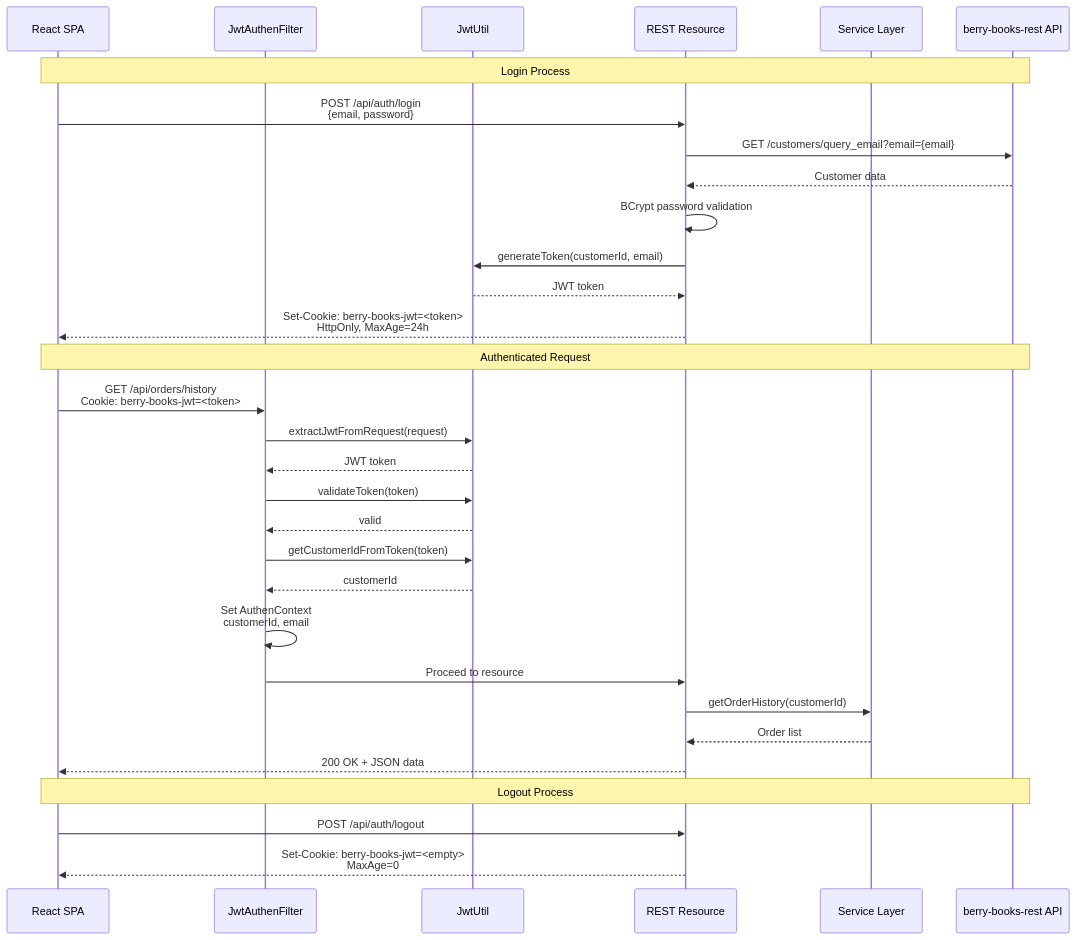
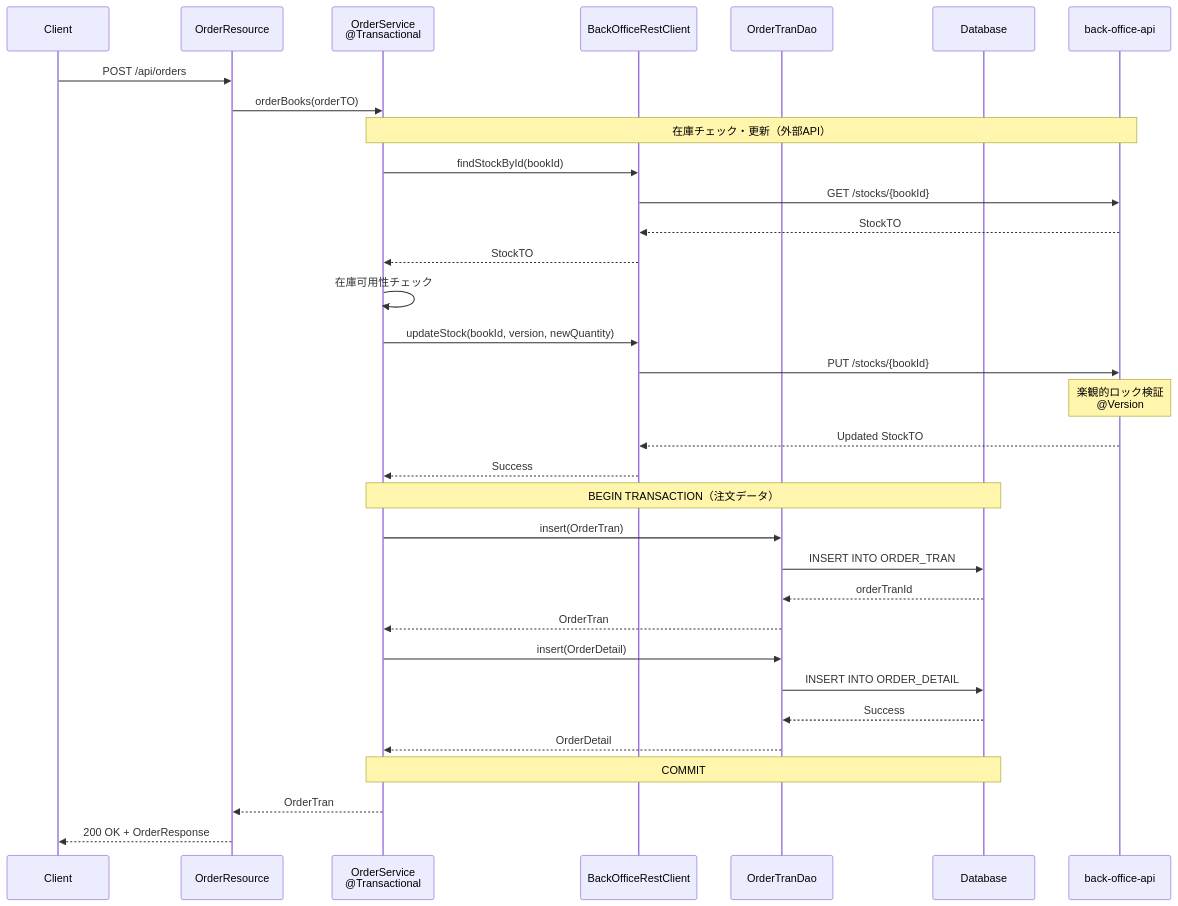
The fifth of 6 diagrams in projects/sdd/bookstore/berry-books-api-sdd/specs/baseline/system/architecture_design.md (KenyaSaitoh/ai_driven_dev_202601), drawn with Mermaid before and after one commit. The commit also changed other lines of this file and 52 other files, not shown here.

````diff
--- a/projects/sdd/bookstore/berry-books-api-sdd/specs/baseline/system/architecture_design.md
+++ b/projects/sdd/bookstore/berry-books-api-sdd/specs/baseline/system/architecture_design.md
@@ -444,36 +354,45 @@
 ```mermaid
 sequenceDiagram
-    participant Client as React SPA
-    participant Filter as JwtAuthenFilter
-    participant JwtUtil as JwtUtil
-    participant Resource as REST Resource
-    participant Service as Service Layer
-    participant RestAPI as berry-books-rest API
+    participant Client
+    participant OrderResource
+    participant OrderService as OrderService<br/>@Transactional
+    participant BackOfficeAPI as BackOfficeRestClient
+    participant OrderDao as OrderTranDao
+    participant DB as Database
+    participant ExtAPI as back-office-api
     
-    Note over Client,RestAPI: Login Process
-    Client->>Resource: POST /api/auth/login<br/>{email, password}
-    Resource->>RestAPI: GET /customers/query_email?email={email}
-    RestAPI-->>Resource: Customer data
-    Resource->>Resource: BCrypt password validation
-    Resource->>JwtUtil: generateToken(customerId, email)
-    JwtUtil-->>Resource: JWT token
-    Resource-->>Client: Set-Cookie: berry-books-jwt=<token><br/>HttpOnly, MaxAge=24h
+    Client->>OrderResource: POST /api/orders
+    OrderResource->>OrderService: orderBooks(orderTO)
     
-    Note over Client,RestAPI: Authenticated Request
-    Client->>Filter: GET /api/orders/history<br/>Cookie: berry-books-jwt=<token>
-    Filter->>JwtUtil: extractJwtFromRequest(request)
-    JwtUtil-->>Filter: JWT token
-    Filter->>JwtUtil: validateToken(token)
-    JwtUtil-->>Filter: valid
-    Filter->>JwtUtil: getCustomerIdFromToken(token)
-    JwtUtil-->>Filter: customerId
-    Filter->>Filter: Set AuthenContext<br/>customerId, email
-    Filter->>Resource: Proceed to resource
-    Resource->>Service: getOrderHistory(customerId)
-    Service-->>Resource: Order list
-    Resource-->>Client: 200 OK + JSON data
+    Note over OrderService,ExtAPI: 在庫チェック・更新（外部API）
     
-    Note over Client,RestAPI: Logout Process
-    Client->>Resource: POST /api/auth/logout
-    Resource-->>Client: Set-Cookie: berry-books-jwt=<empty><br/>MaxAge=0
+    OrderService->>BackOfficeAPI: findStockById(bookId)
+    BackOfficeAPI->>ExtAPI: GET /stocks/{bookId}
+    ExtAPI-->>BackOfficeAPI: StockTO
+    BackOfficeAPI-->>OrderService: StockTO
+    
+    OrderService->>OrderService: 在庫可用性チェック
+    
+    OrderService->>BackOfficeAPI: updateStock(bookId, version, newQuantity)
+    BackOfficeAPI->>ExtAPI: PUT /stocks/{bookId}
+    Note over ExtAPI: 楽観的ロック検証<br/>@Version
+    ExtAPI-->>BackOfficeAPI: Updated StockTO
+    BackOfficeAPI-->>OrderService: Success
+    
+    Note over OrderService,DB: BEGIN TRANSACTION（注文データ）
+    
+    OrderService->>OrderDao: insert(OrderTran)
+    OrderDao->>DB: INSERT INTO ORDER_TRAN
+    DB-->>OrderDao: orderTranId
+    OrderDao-->>OrderService: OrderTran
+    
+    OrderService->>OrderDao: insert(OrderDetail)
+    OrderDao->>DB: INSERT INTO ORDER_DETAIL
+    DB-->>OrderDao: Success
+    OrderDao-->>OrderService: OrderDetail
+    
+    Note over OrderService,DB: COMMIT
+    
+    OrderService-->>OrderResource: OrderTran
+    OrderResource-->>Client: 200 OK + OrderResponse
 ```
````
